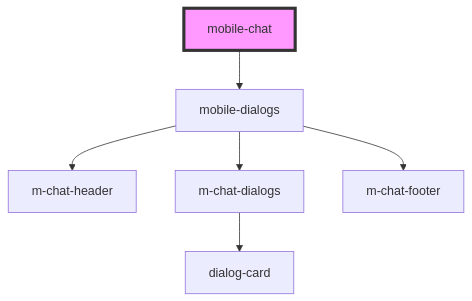
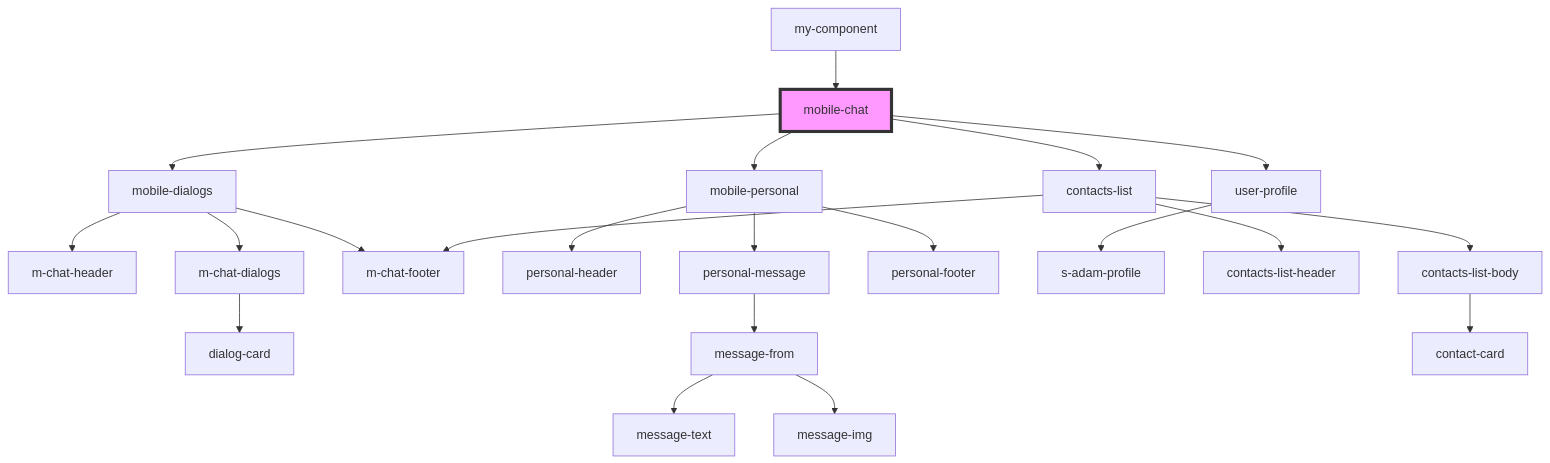
The diagram in src/components/mobile/mobile-chat/readme.md (saqhan/stencil-chat), drawn with Mermaid before and after one commit. The commit also changed other lines of this file and 9 other files, not shown here.

````diff
--- a/src/components/mobile/mobile-chat/readme.md
+++ b/src/components/mobile/mobile-chat/readme.md
@@ -15,9 +22,24 @@
 ```mermaid
 graph TD;
   mobile-chat --> mobile-dialogs
+  mobile-chat --> mobile-personal
+  mobile-chat --> user-profile
+  mobile-chat --> contacts-list
   mobile-dialogs --> m-chat-header
   mobile-dialogs --> m-chat-dialogs
   mobile-dialogs --> m-chat-footer
   m-chat-dialogs --> dialog-card
+  mobile-personal --> personal-header
+  mobile-personal --> personal-message
+  mobile-personal --> personal-footer
+  personal-message --> message-from
+  message-from --> message-text
+  message-from --> message-img
+  user-profile --> s-adam-profile
+  contacts-list --> contacts-list-header
+  contacts-list --> contacts-list-body
+  contacts-list --> m-chat-footer
+  contacts-list-body --> contact-card
+  my-component --> mobile-chat
   style mobile-chat fill:#f9f,stroke:#333,stroke-width:4px
 ```
````
